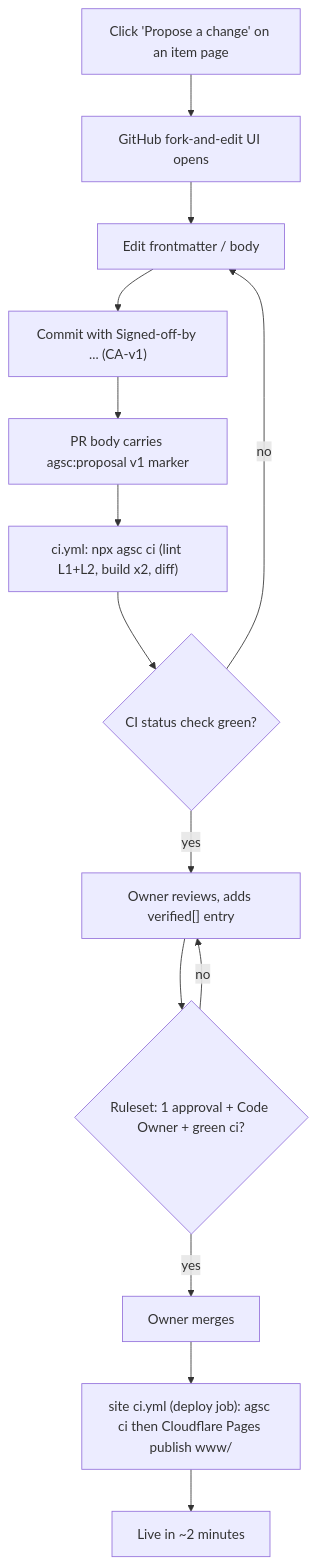
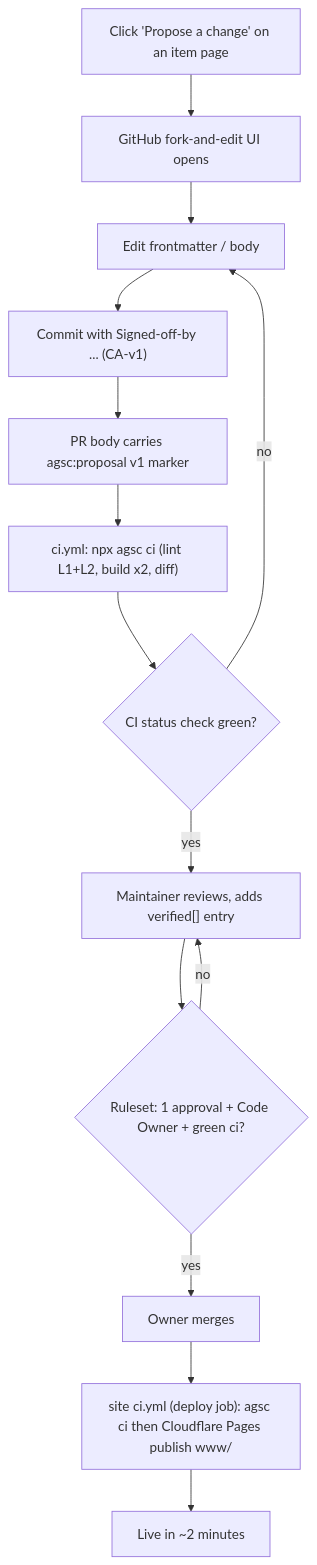
Before and after one commit to andreibesleaga/agentic-system-core: the second of 5 diagrams in docs/diagrams/user-flows.md, drawn with Mermaid. The commit also changed other lines of this file and 386 other files, not shown here.

````diff
--- a/docs/diagrams/user-flows.md
+++ b/docs/diagrams/user-flows.md
@@ -22,16 +22,16 @@
 ```mermaid
 flowchart TD
   A["Click 'Propose a change' on an item page"] --> B["GitHub fork-and-edit UI opens"]
   B --> C["Edit frontmatter / body"]
   C --> D["Commit with Signed-off-by ... (CA-v1)"]
   D --> E["PR body carries agsc:proposal v1 marker"]
   E --> F["ci.yml: npx agsc ci (lint L1+L2, build x2, diff)"]
   F --> G{"CI status check green?"}
   G -- no --> C
-  G -- yes --> H["Owner reviews, adds verified[] entry"]
+  G -- yes --> H["Maintainer reviews, adds verified[] entry"]
   H --> I{"Ruleset: 1 approval + Code Owner + green ci?"}
   I -- no --> H
   I -- yes --> J["Owner merges"]
   J --> K["site ci.yml (deploy job): agsc ci then Cloudflare Pages publish www/"]
   K --> L["Live in ~2 minutes"]
 ```
````
